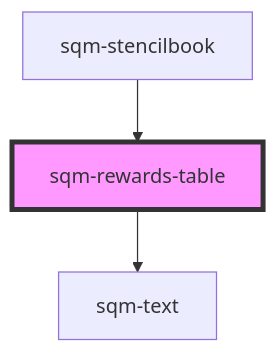
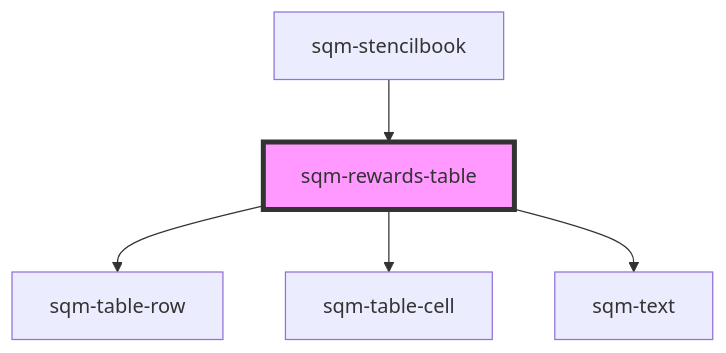
One commit to saasquatch/program-tools changed the diagram in packages/mint-components/src/components/sqm-rewards-table/readme.md. Above: the diagram before and after it, drawn with Mermaid. The commit also changed other lines of this file and 3 other files, not shown here.

````diff
--- a/packages/mint-components/src/components/sqm-rewards-table/readme.md
+++ b/packages/mint-components/src/components/sqm-rewards-table/readme.md
@@ -32,6 +34,8 @@
 ```mermaid
 graph TD;
+  sqm-rewards-table --> sqm-table-row
+  sqm-rewards-table --> sqm-table-cell
   sqm-rewards-table --> sqm-text
   sqm-stencilbook --> sqm-rewards-table
   style sqm-rewards-table fill:#f9f,stroke:#333,stroke-width:4px
 ```
````
